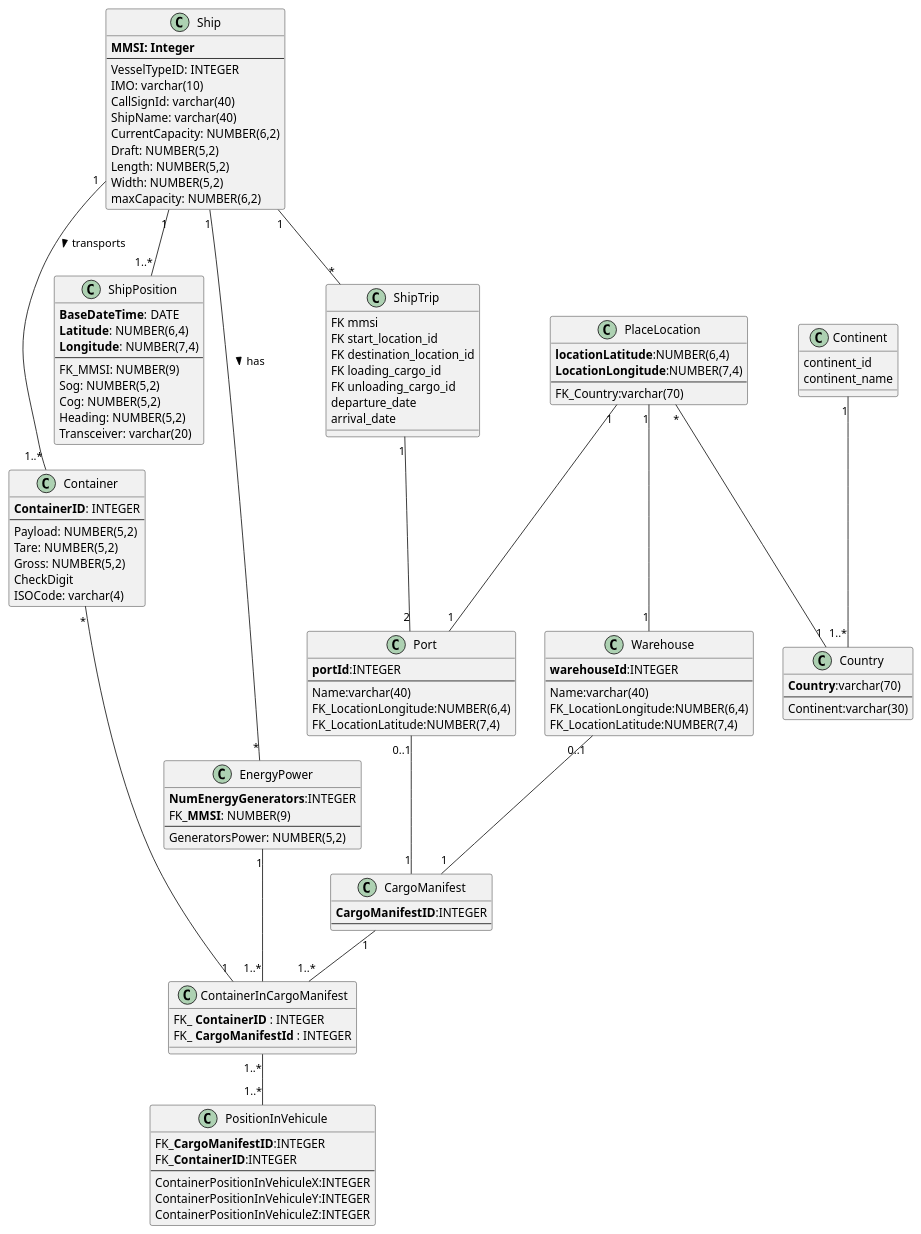
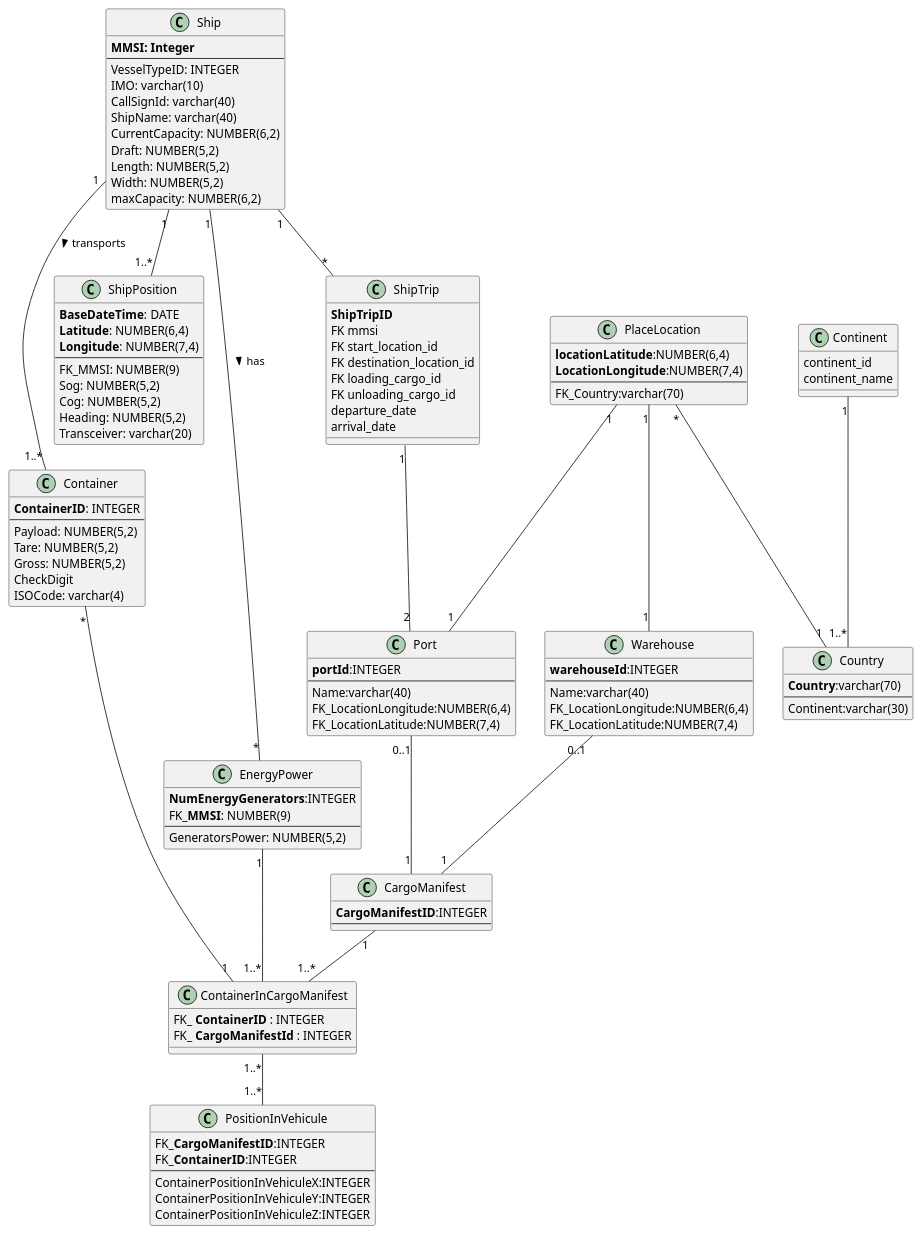
Before and after one commit to ana-albergaria/LAPR3-ISEP: the diagram in docs/US203/Data_Model_Physical.puml, drawn with PlantUML.

Commit message:
G54-63 #time 10m #comment Updating Phyiscal Model

```diff
--- a/docs/US203/Data_Model_Physical.puml
+++ b/docs/US203/Data_Model_Physical.puml
@@ -1,183 +1,187 @@
 @startuml
 'https://plantuml.com/class-diagram
 
 /'class Company{
 
 }'/
 
 /'
 1.In a ship trip does it have legs within the route
 2. How to know which container should be offloaded
 3. A concept of order that relates container with shipTrip directly
 makes sense to know which containers are going to be offloaded?
 
 '/
 
 class Ship{
     **MMSI: Integer**
     ---
     VesselTypeID: INTEGER
     IMO: varchar(10)
     CallSignId: varchar(40)
     ShipName: varchar(40)
     CurrentCapacity: NUMBER(6,2)
     Draft: NUMBER(5,2)
     Length: NUMBER(5,2)
     Width: NUMBER(5,2)
     maxCapacity: NUMBER(6,2)
 }
 
 class ShipTrip{
+    **ShipTripID**
     FK mmsi
     FK start_location_id
     FK destination_location_id
     FK loading_cargo_id
     FK unloading_cargo_id
     departure_date
     arrival_date
 }
 /'class TripLeg{
 
 }'/
 
 /'class ContainerOrder{
     **container_order_id**
     --
     FK container_id
     FK ship_trip_id
     start_location_id
 }'/
 
 class Continent{
     continent_id
     continent_name
 }
 
 class ShipPosition{
     **BaseDateTime**: DATE
     **Latitude**: NUMBER(6,4)
     **Longitude**: NUMBER(7,4)
     --
     FK_MMSI: NUMBER(9)
     Sog: NUMBER(5,2)
     Cog: NUMBER(5,2)
     Heading: NUMBER(5,2)
     Transceiver: varchar(20)
 }
 
 /' ShipPosition - BaseDateTime, MMSI'/
 
 class Container{
     **ContainerID**: INTEGER
     --
     Payload: NUMBER(5,2)
     Tare: NUMBER(5,2)
     Gross: NUMBER(5,2)
     CheckDigit
     ISOCode: varchar(4)
 }
 
 
 
 class EnergyPower{
     **NumEnergyGenerators**:INTEGER
     FK_**MMSI**: NUMBER(9)
     ---
     GeneratorsPower: NUMBER(5,2)
 }
 /'refrigeration state is ambigous'/
 
 /'manifest type(loading, unloading) changes its values'/
 class CargoManifest{
     **CargoManifestID**:INTEGER
     ---
 /'    FK_port_id:INTEGER
     FK_MMSI:NUMBER(9)'/
 }
 
 class PositionInVehicule{
     FK_**CargoManifestID**:INTEGER
     FK_**ContainerID**:INTEGER
     ---
     ContainerPositionInVehiculeX:INTEGER
     ContainerPositionInVehiculeY:INTEGER
     ContainerPositionInVehiculeZ:INTEGER
 }
 
 class Port {
     **portId**:INTEGER
     ---
     Name:varchar(40)
     FK_LocationLongitude:NUMBER(6,4)
     FK_LocationLatitude:NUMBER(7,4)
 }
 
 class Warehouse {
     **warehouseId**:INTEGER
     ---
     Name:varchar(40)
     FK_LocationLongitude:NUMBER(6,4)
     FK_LocationLatitude:NUMBER(7,4)
 }
 
 class Country{
     **Country**:varchar(70)
     ---
     Continent:varchar(30)
 }
 
 class PlaceLocation{
     **locationLatitude**:NUMBER(6,4)
     **LocationLongitude**:NUMBER(7,4)
     ---
     FK_Country:varchar(70)
 }
 
 class ContainerInCargoManifest{
     FK_** ContainerID **: INTEGER
     FK_** CargoManifestId **: INTEGER
 }
 
 
+
+
 /'class Truck{
     truckID
 }
 
 class Transports{
     truckId FK
     warehouseId FK
 }'/
 
 
 
 
 Ship "1" -- "1..*" Container : transports >
 Ship "1" -- "1..*" ShipPosition
 /'Docking "1" -- "1..2" CargoManifest'/
 ShipTrip "1" -- "2" Port
 
 Ship "1" -- "*" ShipTrip
 CargoManifest "1" -- "1..*" ContainerInCargoManifest
 Container "*" -- "1" ContainerInCargoManifest
 /'Truck "1" -- "1..*" CargoManifest'/
 /'
 Truck "*" -- "1" Container
 '/
 Port "0..1" -- "1" CargoManifest
 Warehouse "0..1" -- "1" CargoManifest
 PlaceLocation "*" -- "1" Country
 Continent "1" -- "1..*" Country
 PlaceLocation "1" -- "1" Port
 PlaceLocation "1" -- "1" Warehouse
 
 /'Relacoes N para N, falta relacao'/
 /'
 Truck "1..*" -- "1..*" Warehouse
 '/
 /'Ship "1" -- "*" Docking'/
 /'ShipTrip "1" -- "2" Docking'/
 Ship "1" -- "*" EnergyPower : has >
 ContainerInCargoManifest "1..*" -- "1..*" PositionInVehicule
 EnergyPower "1" -- "1..*" ContainerInCargoManifest
 
+
 @enduml
```
